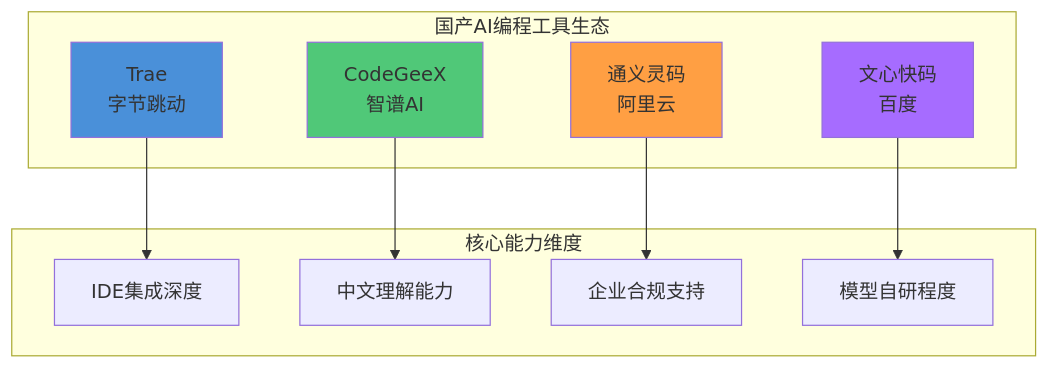
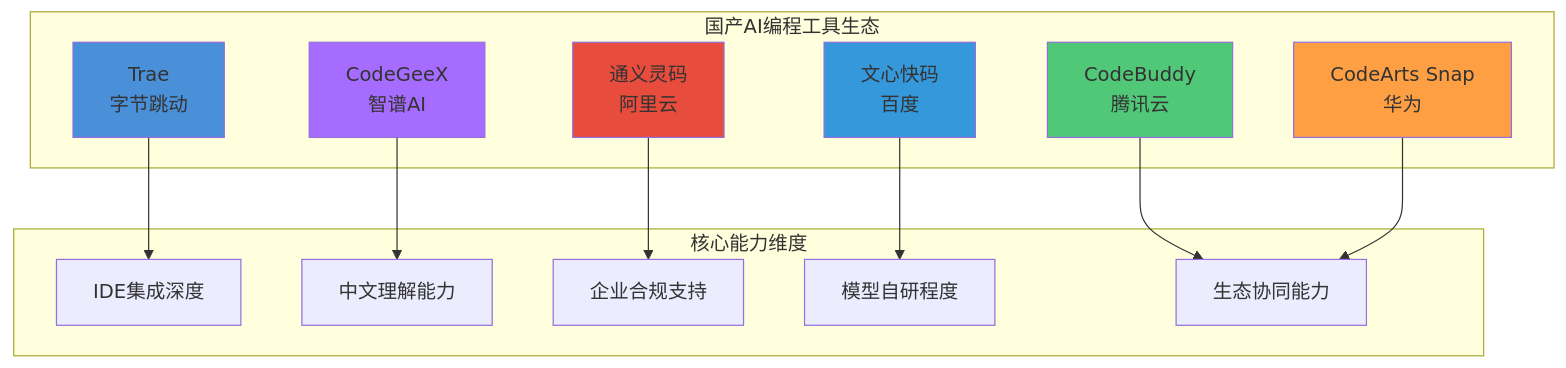
One commit to tonydeng/harness-engineering-from-oc-to-ai-coding changed the first of 4 diagrams in src/01-introduction/chinese-ecosystem.md. Above: the diagram before and after it, drawn with Mermaid. The commit also changed other lines of this file and 76 other files, not shown here.

````diff
--- a/src/01-introduction/chinese-ecosystem.md
+++ b/src/01-introduction/chinese-ecosystem.md
@@ -17,26 +17,33 @@
 ```mermaid
 graph TB
     subgraph 国产AI编程工具生态
         T[Trae<br/>字节跳动]
+        CB[CodeBuddy<br/>腾讯云]
+        CA[CodeArts Snap<br/>华为]
         C[CodeGeeX<br/>智谱AI]
         L[通义灵码<br/>阿里云]
         W[文心快码<br/>百度]
     end
 
     subgraph 核心能力维度
         D1[IDE集成深度]
         D2[中文理解能力]
         D3[企业合规支持]
         D4[模型自研程度]
+        D5[生态协同能力]
     end
 
     T --> D1
+    CB --> D5
+    CA --> D5
     C --> D2
     L --> D3
     W --> D4
 
     style T fill:#4A90D9
-    style C fill:#50C878
-    style L fill:#FF9F43
-    style W fill:#A66CFF
+    style CB fill:#50C878
+    style CA fill:#FF9F43
+    style C fill:#A66CFF
+    style L fill:#E74C3C
+    style W fill:#3498DB
 ```
````
